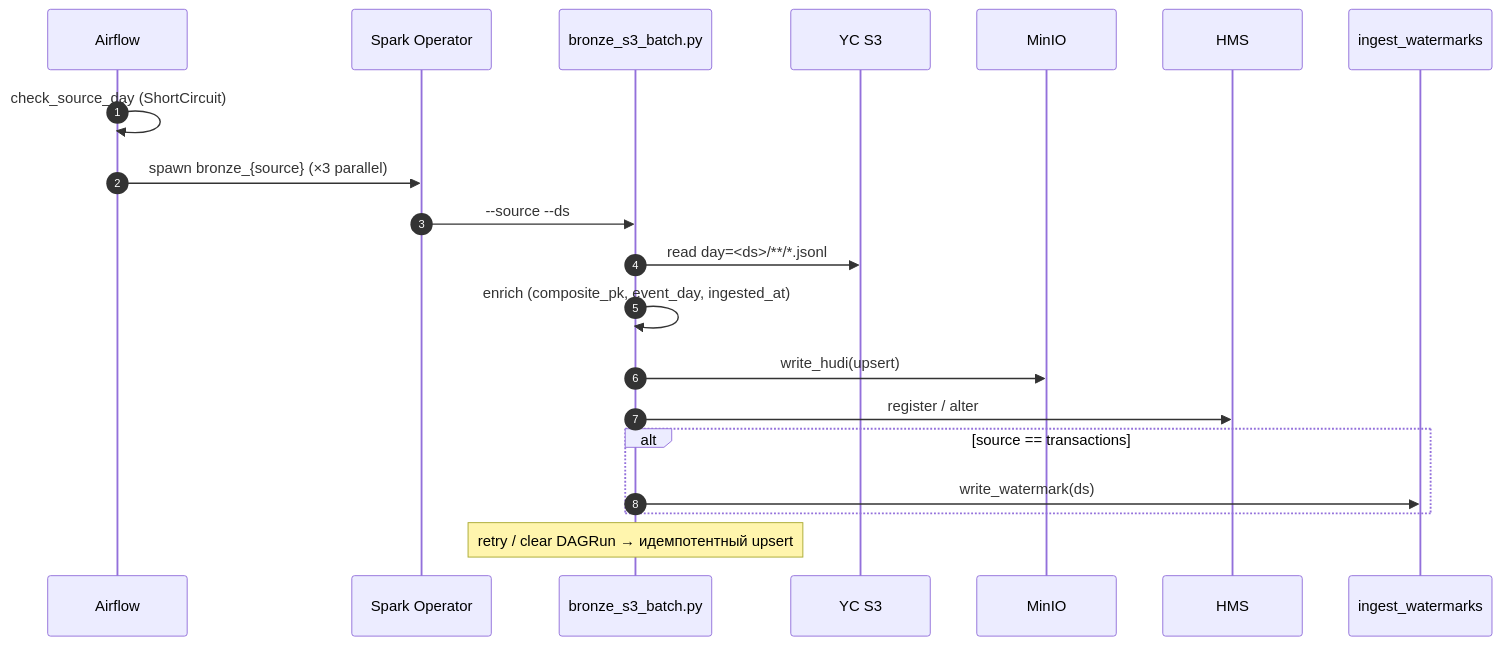
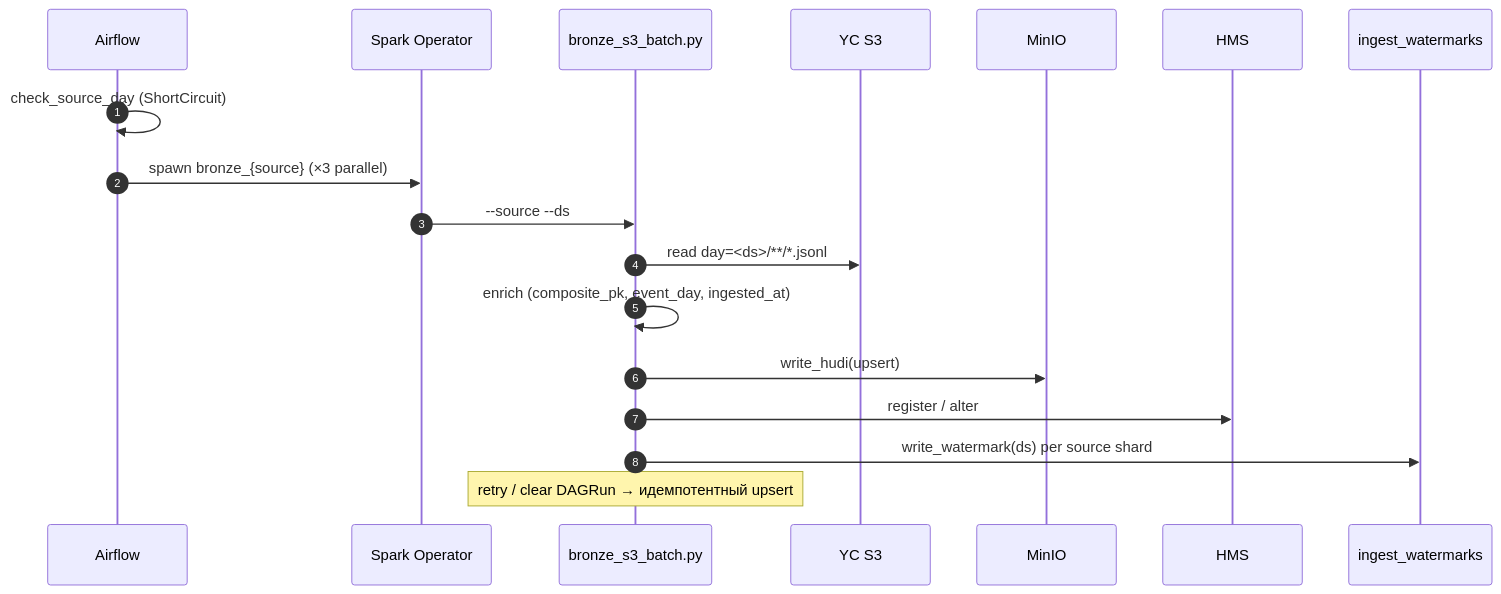
The seventh of 9 diagrams in docs/01-detailed-architecture.md (Alexey-Samodurov/newprolab-de-lab08), drawn with Mermaid before and after one commit. The commit also changed other lines of this file and 5 other files, not shown here.

````diff
--- a/docs/01-detailed-architecture.md
+++ b/docs/01-detailed-architecture.md
@@ -272,23 +272,21 @@
 ```mermaid
 sequenceDiagram
     autonumber
     participant AF as Airflow
     participant SO as Spark Operator
     participant Drv as bronze_s3_batch.py
     participant YC as YC S3
     participant MinIO
     participant HMS
     participant W as ingest_watermarks
 
     AF->>AF: check_source_day (ShortCircuit)
     AF->>SO: spawn bronze_{source} (×3 parallel)
     SO->>Drv: --source --ds
     Drv->>YC: read day=<ds>/**/*.jsonl
     Drv->>Drv: enrich (composite_pk, event_day, ingested_at)
     Drv->>MinIO: write_hudi(upsert)
     Drv->>HMS: register / alter
-    alt source == transactions
-        Drv->>W: write_watermark(ds)
-    end
+    Drv->>W: write_watermark(ds) per source shard
     Note over Drv: retry / clear DAGRun → идемпотентный upsert
 ```
````
